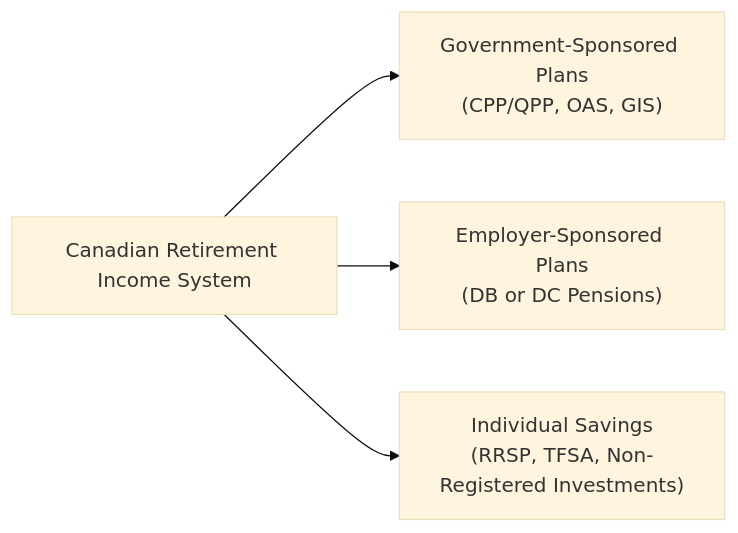
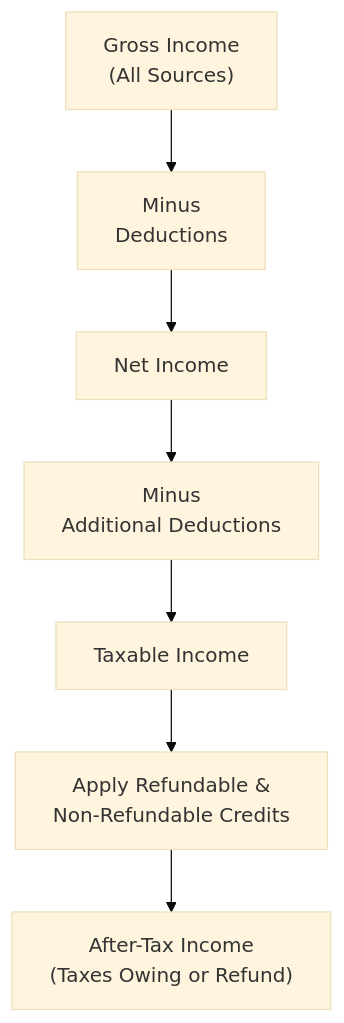
The diagram in content/ifc/6/2/index.md (MasteryEducation/SecuritiesExamsMastery.ca), drawn with Mermaid (base theme) before and after one commit. The commit also changed other lines of this file and 130 other files, not shown here.

````diff
--- a/content/ifc/6/2/index.md
+++ b/content/ifc/6/2/index.md
@@ -31,6 +31,17 @@
 ```mermaid
-flowchart LR
-    A["Canadian Retirement Income System"] --> B["Government-Sponsored Plans<br/>(CPP/QPP, OAS, GIS)"]
-    A --> C["Employer-Sponsored Plans<br/>(DB or DC Pensions)"]
-    A --> D["Individual Savings<br/>(RRSP, TFSA, Non-Registered Investments)"]
+graph TB
+    A["Gross Income <br/> (All Sources)"]
+    B["Minus <br/> Deductions"]
+    C["Net Income"]
+    D["Minus <br/> Additional Deductions"]
+    E["Taxable Income"]
+    F["Apply Refundable & <br/> Non-Refundable Credits"]
+    G["After-Tax Income <br/> (Taxes Owing or Refund)"]
+    
+    A --> B
+    B --> C
+    C --> D
+    D --> E
+    E --> F
+    F --> G
 ```
````
